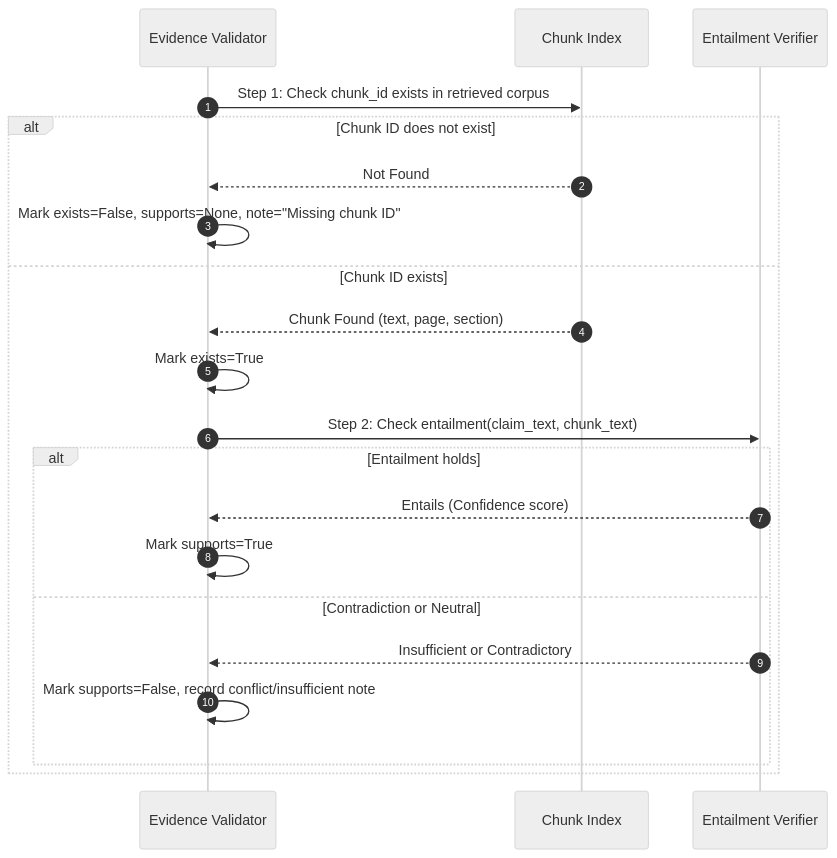
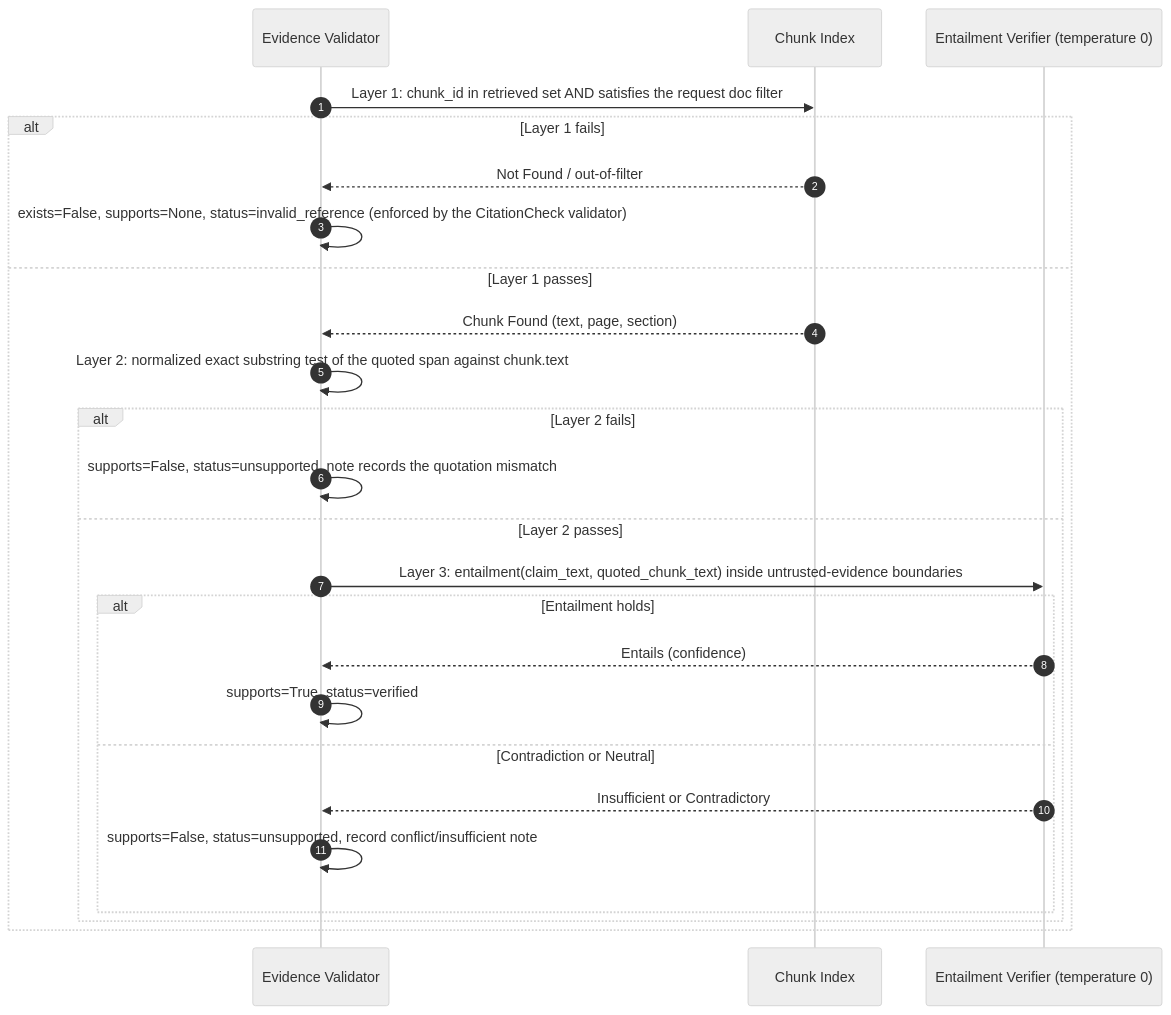
Before and after one commit to snehala24/PaperTrail-AI: the third of 3 diagrams in docs/architecture.md, drawn with Mermaid (neutral theme). The commit also changed other lines of this file and 2 other files, not shown here.

First line of the commit message:
docs: reconcile the architecture doc and ADRs with what the code actually does

````diff
--- a/docs/architecture.md
+++ b/docs/architecture.md
@@ -137,24 +184,28 @@
 ```mermaid
 sequenceDiagram
     autonumber
     participant Engine as Evidence Validator
     participant Corpus as Chunk Index
-    participant NLI as Entailment Verifier
+    participant NLI as Entailment Verifier (temperature 0)
 
-    Engine->>Corpus: Step 1: Check chunk_id exists in retrieved corpus
-    alt Chunk ID does not exist
-        Corpus-->>Engine: Not Found
-        Engine->>Engine: Mark exists=False, supports=None, note="Missing chunk ID"
-    else Chunk ID exists
+    Engine->>Corpus: Layer 1: chunk_id in retrieved set AND satisfies the request doc filter
+    alt Layer 1 fails
+        Corpus-->>Engine: Not Found / out-of-filter
+        Engine->>Engine: exists=False, supports=None, status=invalid_reference (enforced by the CitationCheck validator)
+    else Layer 1 passes
         Corpus-->>Engine: Chunk Found (text, page, section)
-        Engine->>Engine: Mark exists=True
-        Engine->>NLI: Step 2: Check entailment(claim_text, chunk_text)
-        alt Entailment holds
-            NLI-->>Engine: Entails (Confidence score)
-            Engine->>Engine: Mark supports=True
-        else Contradiction or Neutral
-            NLI-->>Engine: Insufficient or Contradictory
-            Engine->>Engine: Mark supports=False, record conflict/insufficient note
+        Engine->>Engine: Layer 2: normalized exact substring test of the quoted span against chunk.text
+        alt Layer 2 fails
+            Engine->>Engine: supports=False, status=unsupported, note records the quotation mismatch
+        else Layer 2 passes
+            Engine->>NLI: Layer 3: entailment(claim_text, quoted_chunk_text) inside untrusted-evidence boundaries
+            alt Entailment holds
+                NLI-->>Engine: Entails (confidence)
+                Engine->>Engine: supports=True, status=verified
+            else Contradiction or Neutral
+                NLI-->>Engine: Insufficient or Contradictory
+                Engine->>Engine: supports=False, status=unsupported, record conflict/insufficient note
+            end
         end
     end
 ```
````
